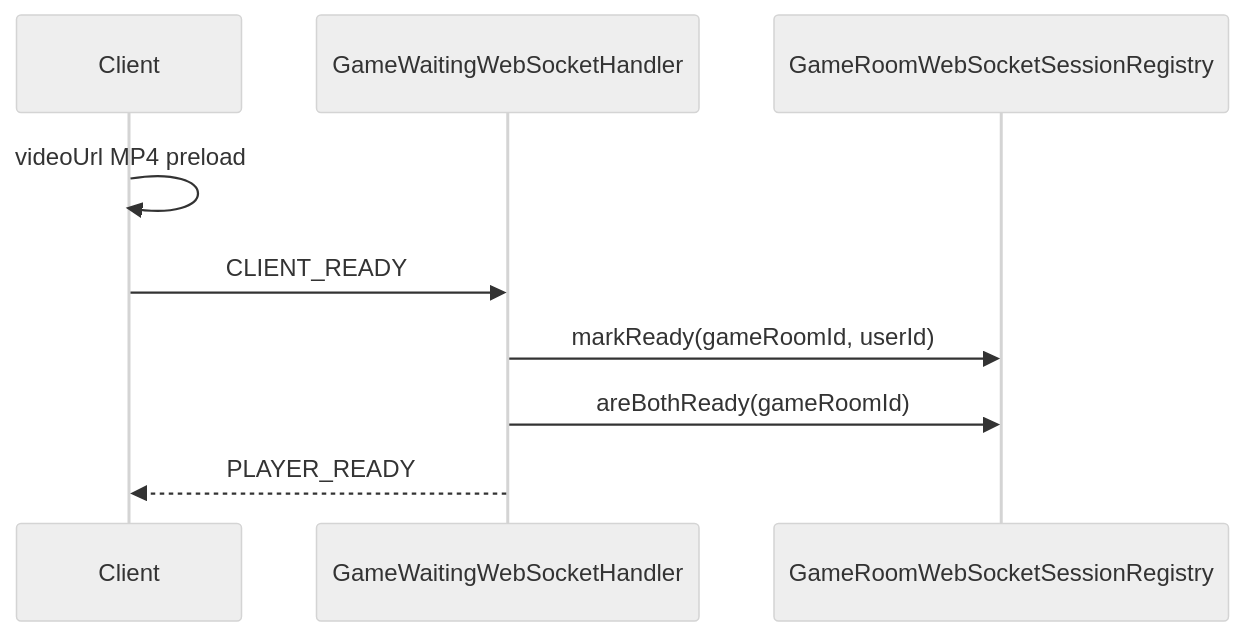
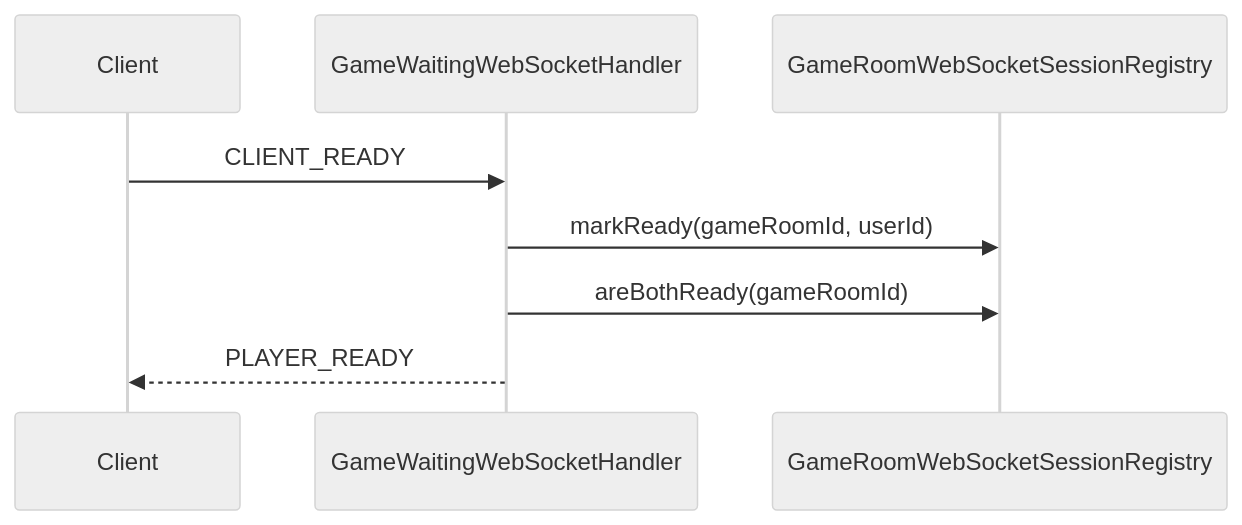
The seventh of 11 diagrams in docs/project/websocket client.md (moonwhistle/League-of-Star), drawn with Mermaid (neutral theme) before and after one commit. The commit also changed other lines of this file and 47 other files, not shown here.

````diff
--- a/docs/project/websocket client.md
+++ b/docs/project/websocket client.md
@@ -237,12 +229,11 @@
 ```mermaid
 sequenceDiagram
     participant C as Client
     participant H as GameWaitingWebSocketHandler
     participant R as GameRoomWebSocketSessionRegistry
 
-    C->>C: videoUrl MP4 preload
     C->>H: CLIENT_READY
     H->>R: markReady(gameRoomId, userId)
     H->>R: areBothReady(gameRoomId)
     H-->>C: PLAYER_READY
 ```
````
